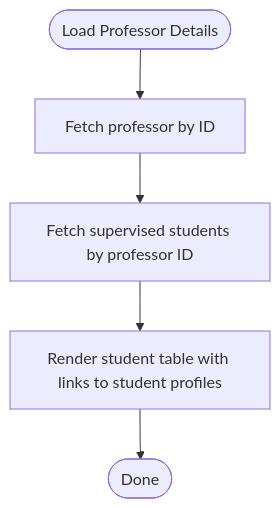
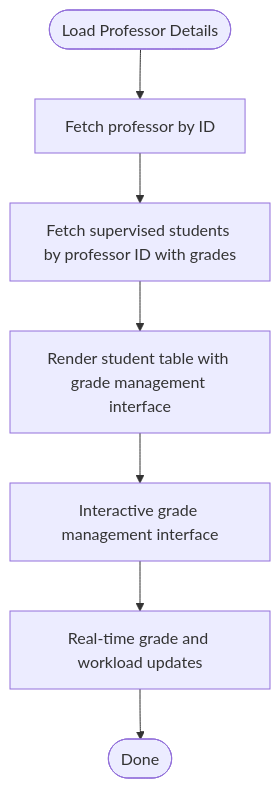
The fifth of 6 diagrams in .qoder/repowiki/en/content/Core Features Implementation/Professor Management.md (luiseduacosta/nodemural), drawn with Mermaid before and after one commit. The commit also changed other lines of this file and 27 other files, not shown here.

````diff
--- a/.qoder/repowiki/en/content/Core Features Implementation/Professor Management.md
+++ b/.qoder/repowiki/en/content/Core Features Implementation/Professor Management.md
@@ -279,7 +323,9 @@
 ```mermaid
 flowchart TD
 Start(["Load Professor Details"]) --> FetchDocente["Fetch professor by ID"]
-FetchDocente --> FetchEstagiarios["Fetch supervised students by professor ID"]
-FetchEstagiarios --> RenderTable["Render student table with links to student profiles"]
-RenderTable --> End(["Done"])
+FetchDocente --> FetchEstagiarios["Fetch supervised students by professor ID with grades"]
+FetchEstagiarios --> RenderTable["Render student table with grade management interface"]
+RenderTable --> GradeInterface["Interactive grade management interface"]
+GradeInterface --> UpdateGrades["Real-time grade and workload updates"]
+UpdateGrades --> End(["Done"])
 ```
````
